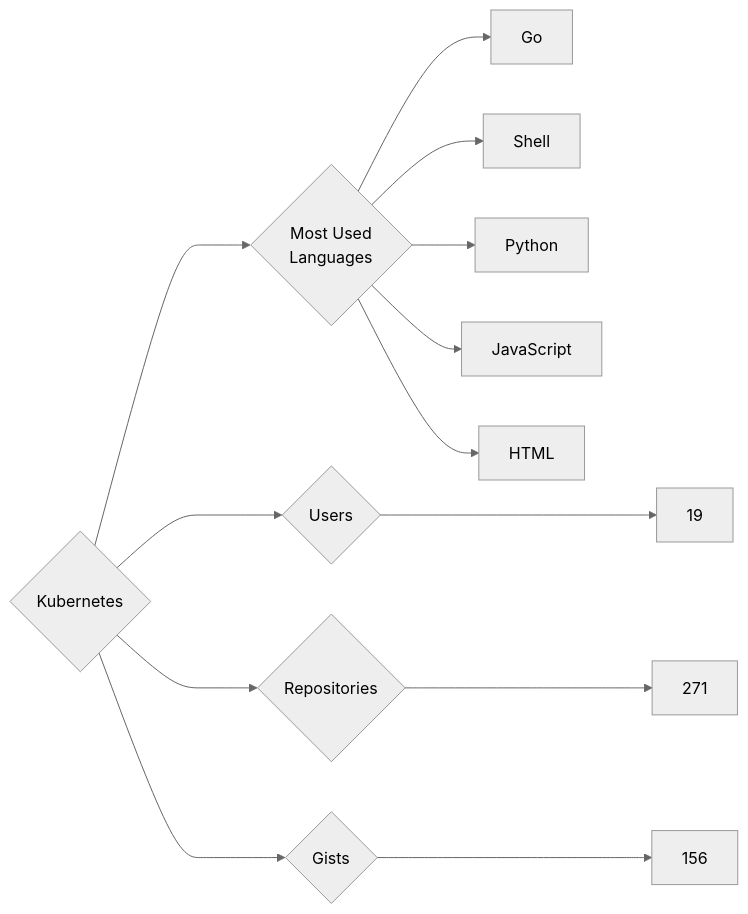
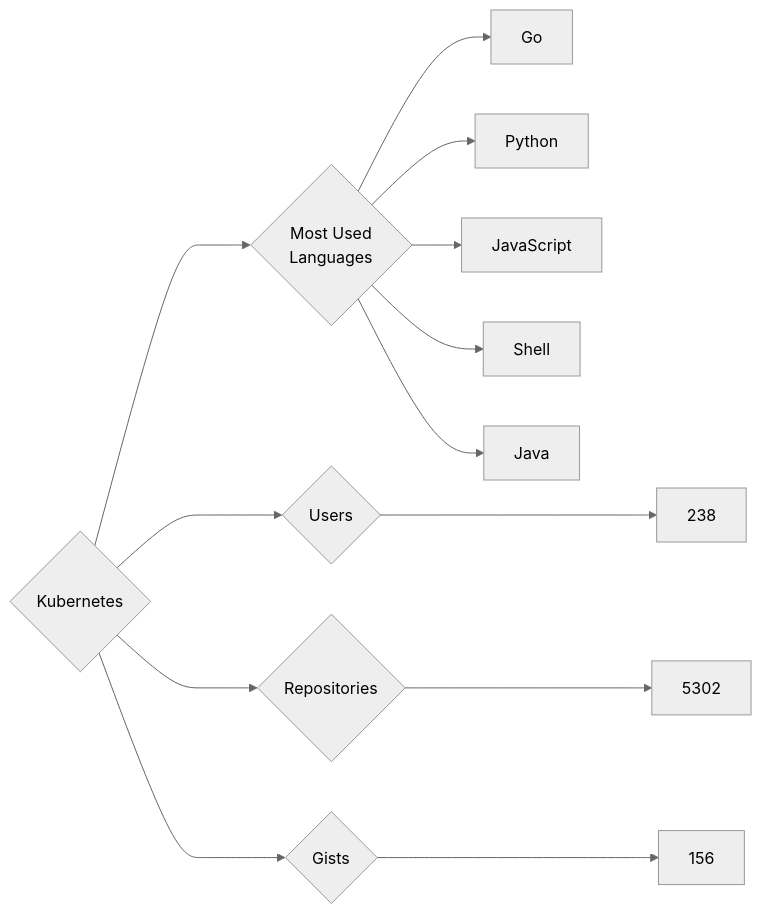
One commit to trickest/insiders changed the diagram in targets/Kubernetes/README.md. Above: the diagram before and after it, drawn with Mermaid (neutral theme). The commit also changed 775 other files, not shown here.

````diff
--- a/targets/Kubernetes/README.md
+++ b/targets/Kubernetes/README.md
@@ -3,13 +3,13 @@
 ```mermaid
 graph LR
 COMPANY_NAME{Kubernetes}
-COMPANY_NAME ---> U{Users} ---> UN[19]
-COMPANY_NAME ---> R{Repositories} ---> RN[271]
+COMPANY_NAME ---> U{Users} ---> UN[238]
+COMPANY_NAME ---> R{Repositories} ---> RN[5302]
 COMPANY_NAME ---> G{Gists} ---> GN[156]
 COMPANY_NAME ---> ML{Most Used<br>Languages}
 ML --> Go[Go]
-ML --> Shell[Shell]
 ML --> Python[Python]
 ML --> JavaScript[JavaScript]
-ML --> HTML[HTML]
+ML --> Shell[Shell]
+ML --> Java[Java]
 ```
````
